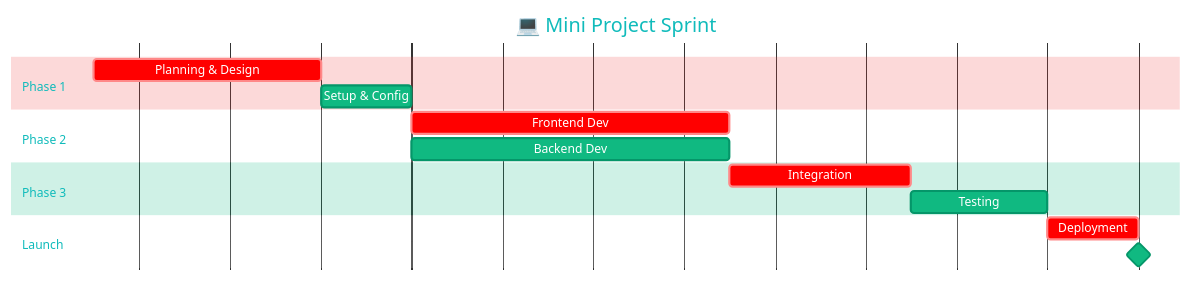
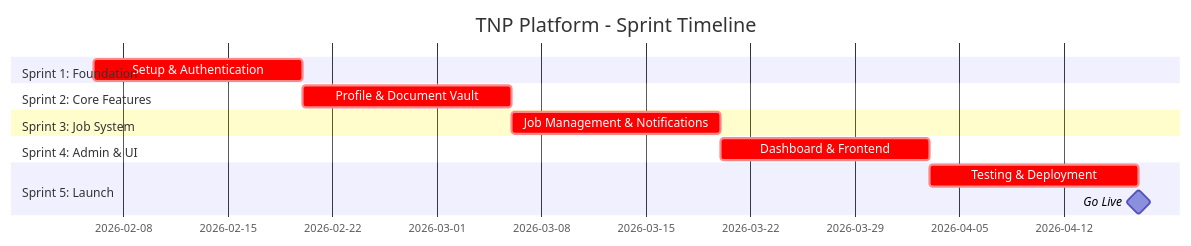
The second of 3 diagrams in README.md (navahc09/WADL_Mini_Project_25-26), drawn with Mermaid before and after one commit. The commit also changed other lines of this file, not shown here.

````diff
--- a/README.md
+++ b/README.md
@@ -61,22 +95,21 @@
 ```mermaid
-%%{init: {'theme':'base', 'themeVariables': { 'primaryColor':'#10b981', 'primaryTextColor':'#fff', 'primaryBorderColor':'#059669', 'lineColor':'#3b82f6', 'secondaryColor':'#f59e0b', 'tertiaryColor':'#ef4444'}}}%%
 gantt
-    title 💻 Mini Project Sprint
+    title TNP Platform - Sprint Timeline
     dateFormat YYYY-MM-DD
     
-    section Phase 1
-    Planning & Design    :crit, p1, 2026-02-06, 5d
-    Setup & Config       :p2, after p1, 2d
+    section Sprint 1: Foundation
+    Setup & Authentication          :crit, s1, 2026-02-06, 14d
     
-    section Phase 2
-    Frontend Dev         :crit, f1, after p2, 7d
-    Backend Dev          :b1, after p2, 7d
+    section Sprint 2: Core Features
+    Profile & Document Vault        :crit, s2, after s1, 14d
     
-    section Phase 3
-    Integration          :crit, i1, after f1, 4d
-    Testing              :t1, after i1, 3d
+    section Sprint 3: Job System
+    Job Management & Notifications  :crit, s3, after s2, 14d
     
-    section Launch
-    Deployment           :crit, d1, after t1, 2d
-    Go Live             :milestone, after d1, 0d
+    section Sprint 4: Admin & UI
+    Dashboard & Frontend            :crit, s4, after s3, 14d
+    
+    section Sprint 5: Launch
+    Testing & Deployment            :crit, s5, after s4, 14d
+    Go Live                         :milestone, after s5, 0d
 ```
````
